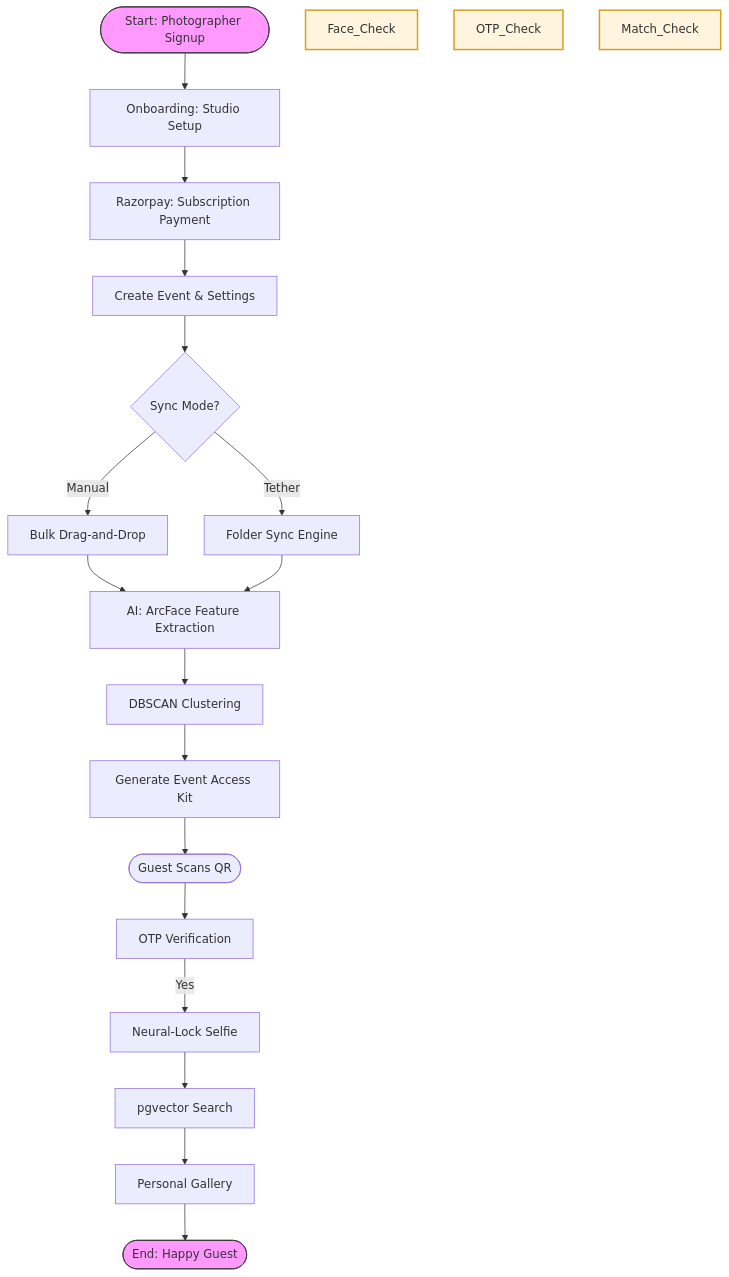
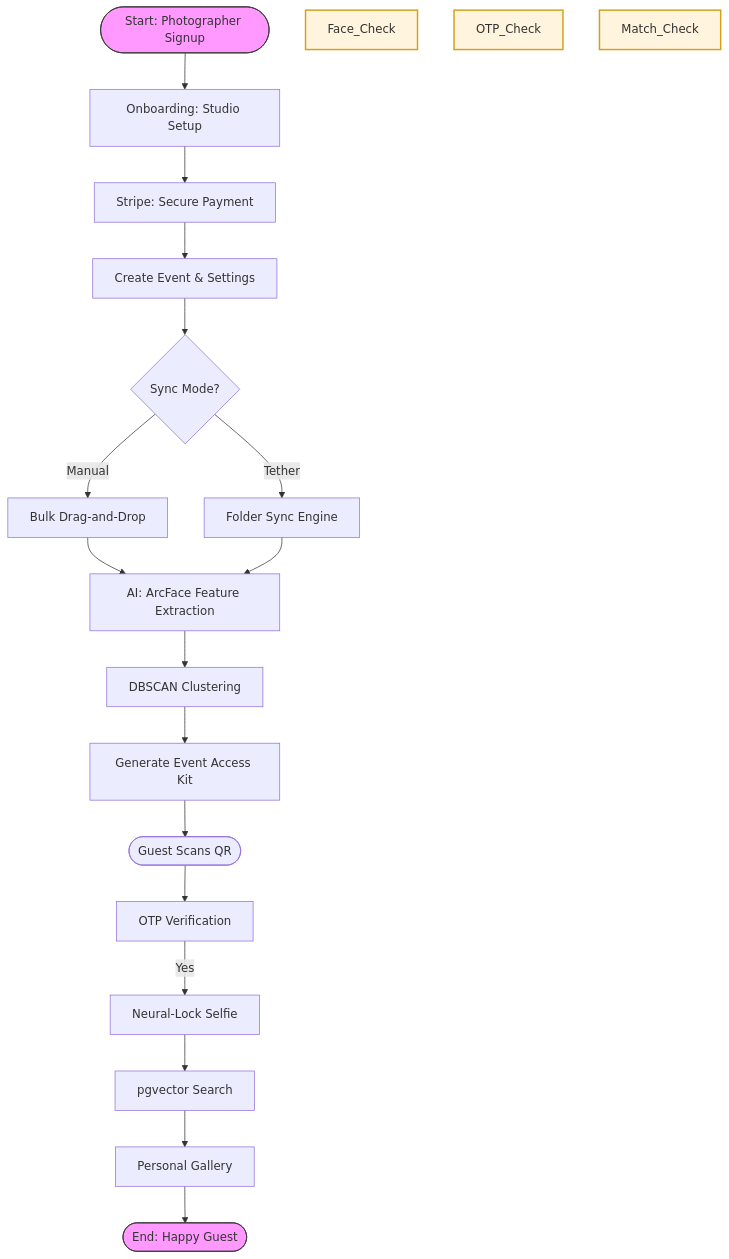
Before and after one commit to JoelJose212/SnapMoment: the fifth of 6 diagrams in README.md, drawn with Mermaid. The commit also changed other lines of this file and 1 other file, not shown here.

Commit message:
Update documentation to reflect Stripe migration and architecture changes

````diff
--- a/README.md
+++ b/README.md
@@ -257,32 +257,32 @@
 ```mermaid
 flowchart TD
     Start([Start: Photographer Signup]) --> Onboard[Onboarding: Studio Setup]
-    Onboard --> Pay[Razorpay: Subscription Payment]
+    Onboard --> Pay[Stripe: Secure Payment]
     Pay --> Create[Create Event & Settings]
     Create --> RAW{Sync Mode?}
     RAW -- Manual --> Upload[Bulk Drag-and-Drop]
     RAW -- Tether --> Folder[Folder Sync Engine]
     
     Upload --> AI_Proc[AI: ArcFace Feature Extraction]
     Folder --> AI_Proc
     
     AI_Proc --> Cluster[DBSCAN Clustering]
     Cluster --> QR[Generate Event Access Kit]
     
     QR --> Guest_Entry([Guest Scans QR])
     Guest_Entry --> OTP[OTP Verification]
     OTP -- Yes --> Selfie[Neural-Lock Selfie]
     
     Selfie --> Match[pgvector Search]
     Match --> Gallery[Personal Gallery]
     Gallery --> End([End: Happy Guest])
 
     style Start fill:#f9f,stroke:#333
     style End fill:#f9f,stroke:#333
 
     style Start fill:#f9f,stroke:#333
     style End fill:#f9f,stroke:#333
     style Face_Check fill:#fff4dd,stroke:#d4a017,stroke-width:2px
     style OTP_Check fill:#fff4dd,stroke:#d4a017,stroke-width:2px
     style Match_Check fill:#fff4dd,stroke:#d4a017,stroke-width:2px
 ```
````
